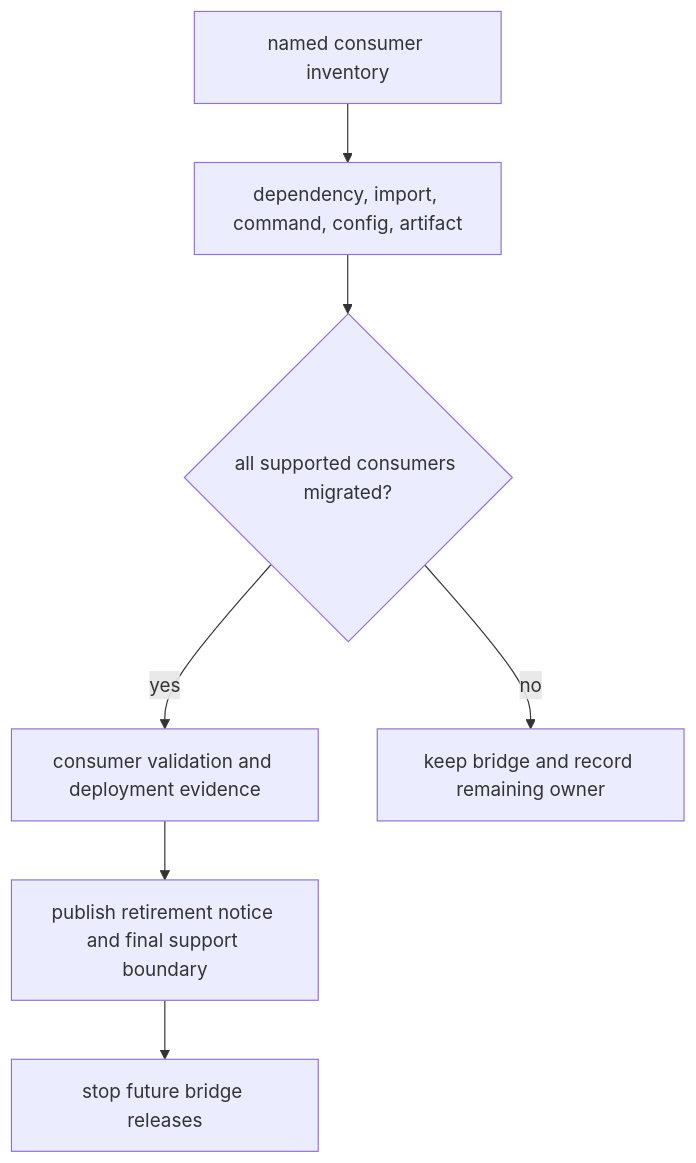
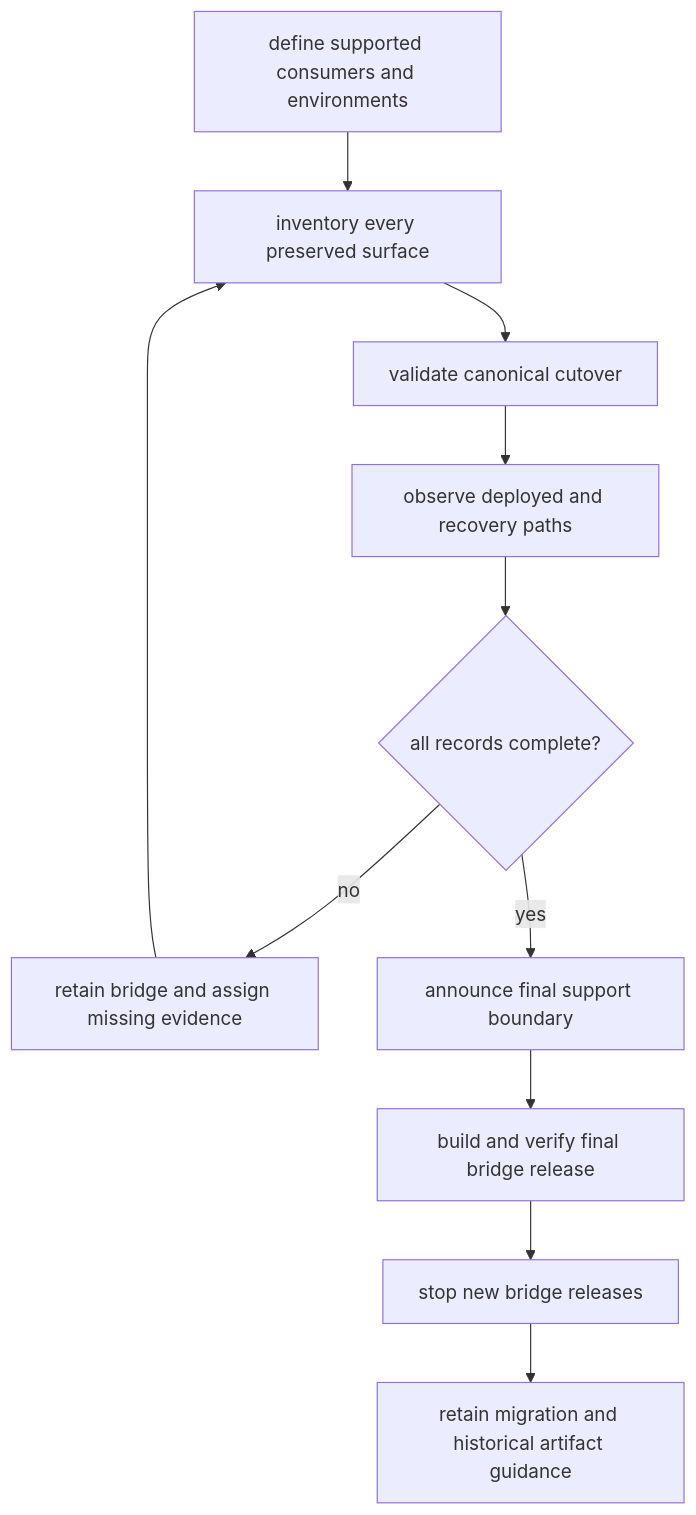
Before and after one commit to bijux/bijux-canon: the diagram in docs/08-compat-packages/migration/retirement-conditions.md, drawn with Mermaid. The commit also changed other lines of this file and 1 other file, not shown here.

Commit message:
docs(compat): define retirement evidence and execution

````diff
--- a/docs/08-compat-packages/migration/retirement-conditions.md
+++ b/docs/08-compat-packages/migration/retirement-conditions.md
@@ -19,14 +20,18 @@
 ```mermaid
 flowchart TD
-    inventory["named consumer inventory"]
-    surfaces["dependency, import, command, config, artifact"]
-    migrated{"all supported consumers migrated?"}
-    evidence["consumer validation and deployment evidence"]
-    announce["publish retirement notice and final support boundary"]
-    stop["stop future bridge releases"]
-    keep["keep bridge and record remaining owner"]
+    scope["define supported consumers and environments"]
+    inventory["inventory every preserved surface"]
+    migrate["validate canonical cutover"]
+    deploy["observe deployed and recovery paths"]
+    complete{"all records complete?"}
+    missing["retain bridge and assign missing evidence"]
+    notice["announce final support boundary"]
+    final["build and verify final bridge release"]
+    cease["stop new bridge releases"]
+    archive["retain migration and historical artifact guidance"]
 
-    inventory --> surfaces --> migrated
-    migrated -->|no| keep
-    migrated -->|yes| evidence --> announce --> stop
+    scope --> inventory --> migrate --> deploy --> complete
+    complete -->|"no"| missing
+    missing --> inventory
+    complete -->|"yes"| notice --> final --> cease --> archive
 ```
````
